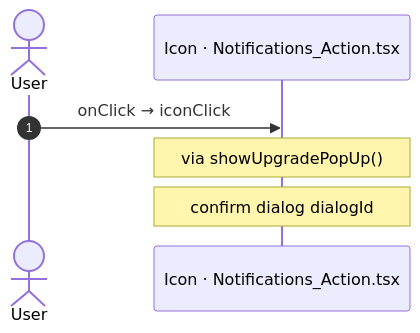
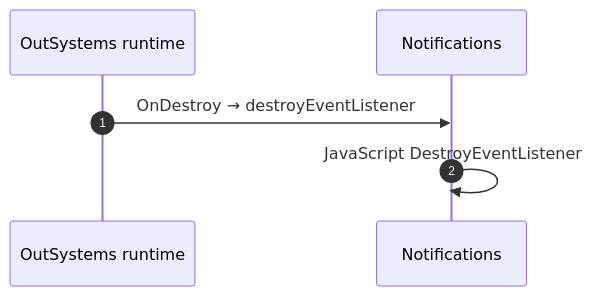
One commit to Phoenix-DX/connect-new-ui changed diagram 14 of 15 in route-actions/routes/Notifications.md. Above: the diagram before and after it, drawn with Mermaid. The commit also changed other lines of this file and 52 other files, not shown here.

````diff
--- a/route-actions/routes/Notifications.md
+++ b/route-actions/routes/Notifications.md
@@ -811,9 +430,8 @@
 ```mermaid
 sequenceDiagram
   autonumber
-  actor U as User
-  participant H as Icon · Notifications_Action.tsx
-  U->>H: onClick → iconClick
-  Note over H: via showUpgradePopUp()
-  Note over H: confirm dialog dialogId
+  participant R as OutSystems runtime
+  participant B as Notifications
+  R->>B: OnDestroy → destroyEventListener
+  B->>B: JavaScript DestroyEventListener
 ```
````
